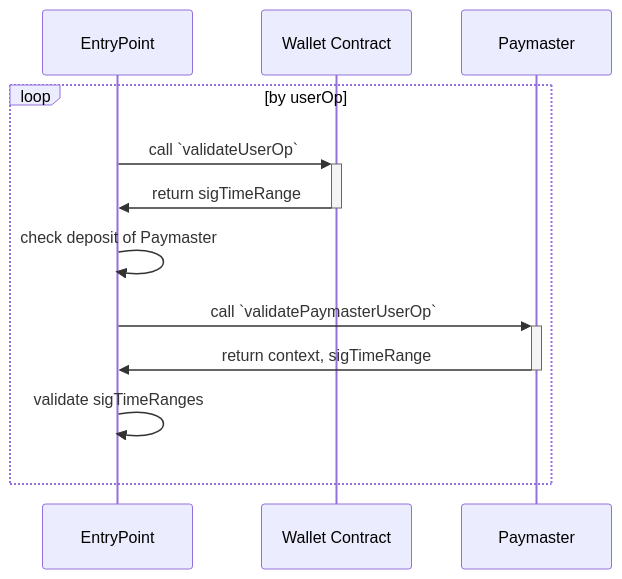
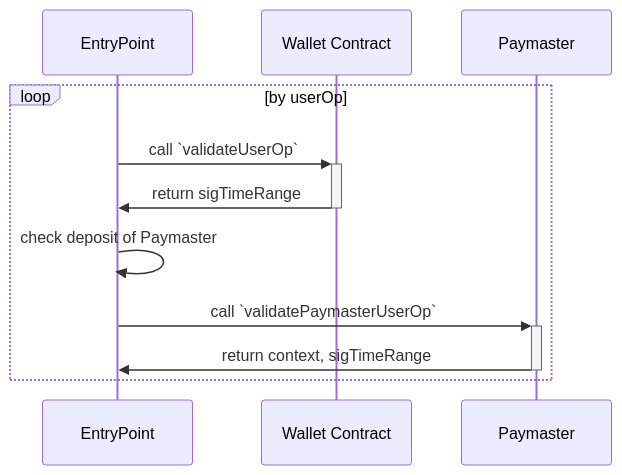
Before and after one commit to taxio/zenn: the fifth of 6 diagrams in articles/834e6a04bd6b80.md, drawn with Mermaid. The commit also changed other lines of this file, not shown here.

````diff
--- a/articles/834e6a04bd6b80.md
+++ b/articles/834e6a04bd6b80.md
@@ -175,15 +174,14 @@
 ```mermaid
 sequenceDiagram
   participant EntryPoint
   participant Wallet Contract
   participant Paymaster
 
   loop by userOp
     EntryPoint->>+Wallet Contract: call `validateUserOp`
     Wallet Contract->>-EntryPoint: return sigTimeRange
     EntryPoint->>EntryPoint: check deposit of Paymaster
     EntryPoint->>+Paymaster: call `validatePaymasterUserOp`
     Paymaster->>-EntryPoint: return context, sigTimeRange
-    EntryPoint->>EntryPoint: validate sigTimeRanges
   end
 ```
````
